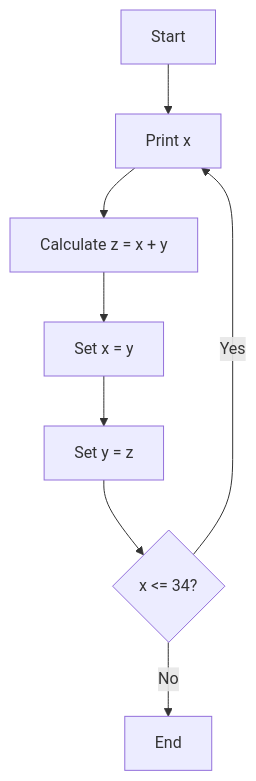
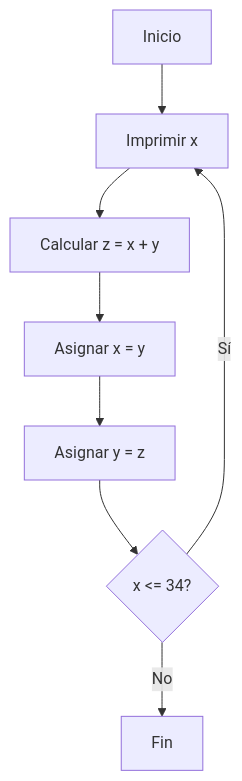
The fourth of 4 diagrams in 070125 Do While/README.md (SebasInfoBSudamericano/poo-2do-info), drawn with Mermaid before and after one commit. The commit also changed other lines of this file and 1 other file, not shown here.

````diff
--- a/070125 Do While/README.md
+++ b/070125 Do While/README.md
@@ -69,11 +76,11 @@
 ```mermaid
 graph TD
-    A[Start] --> B[Print x]
-    B --> C[Calculate z = x + y]
-    C --> D[Set x = y]
-    D --> E[Set y = z]
+    A[Inicio] --> B[Imprimir x]
+    B --> C[Calcular z = x + y]
+    C --> D[Asignar x = y]
+    D --> E[Asignar y = z]
     E --> F{x <= 34?}
-    F -->|Yes| B
-    F -->|No| G[End]
+    F -->|Sí| B
+    F -->|No| G[Fin]
 
 ```
````
